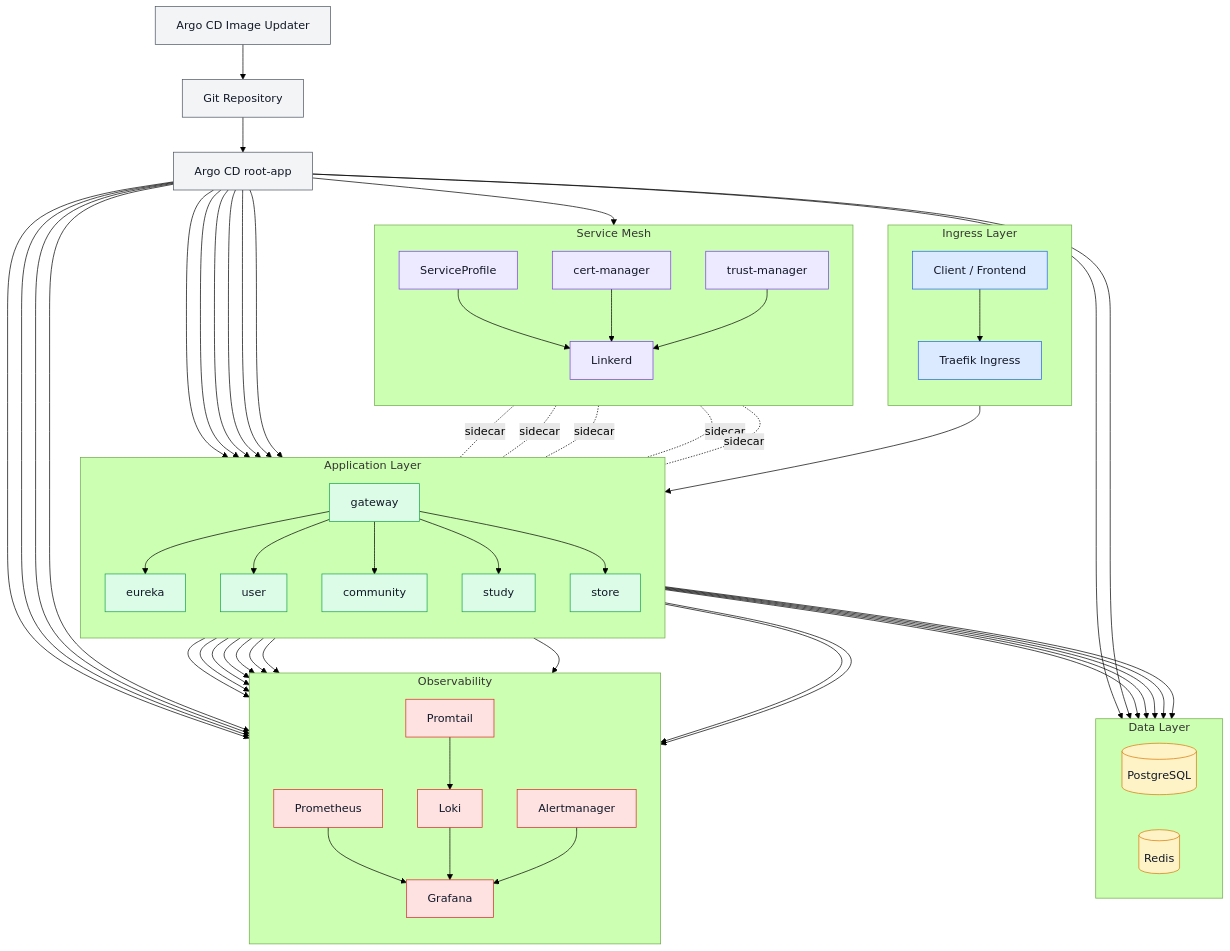
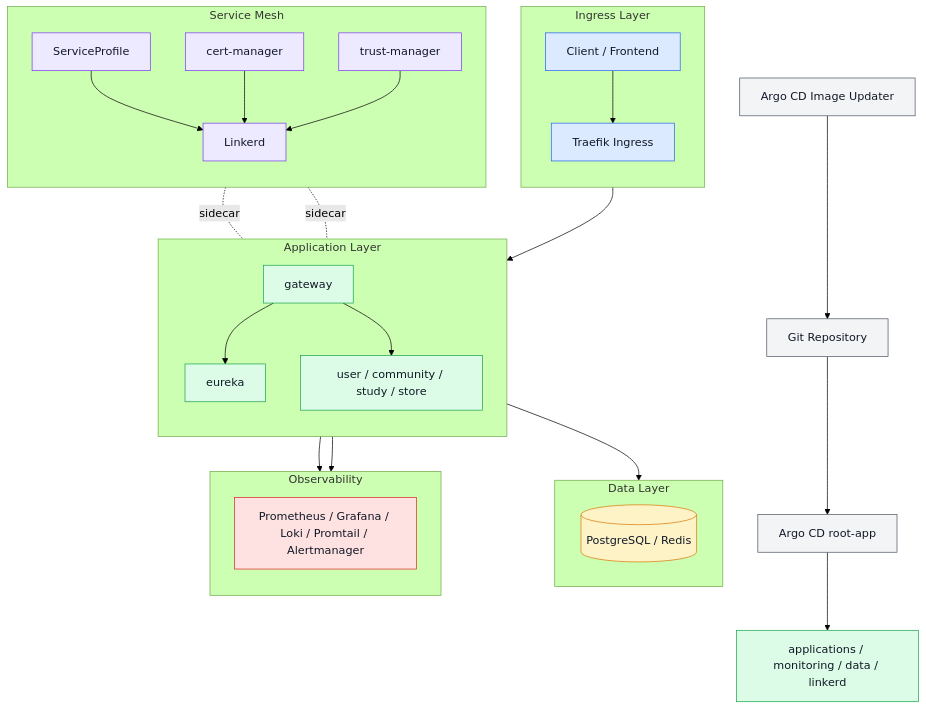
The diagram in README.md (checkMateit/checkmate-kubernetes), drawn with Mermaid (forest theme) before and after one commit.

````diff
--- a/README.md
+++ b/README.md
@@ -40,30 +40,19 @@
         direction TB
         Gateway[gateway]
         Eureka[eureka]
-        User[user]
-        Community[community]
-        Study[study]
-        Store[store]
+        Services[user / community / study / store]
 
         Traefik --> Gateway
         Gateway --> Eureka
-        Gateway --> User
-        Gateway --> Community
-        Gateway --> Study
-        Gateway --> Store
+        Gateway --> Services
     end
 
     subgraph Data["Data Layer"]
         direction LR
-        Postgres[(PostgreSQL)]
-        Redis[(Redis)]
+        DataStore[(PostgreSQL / Redis)]
     end
 
-    User --> Postgres
-    User --> Redis
-    Community --> Postgres
-    Study --> Postgres
-    Store --> Postgres
+    Services --> DataStore
 
     subgraph Mesh["Service Mesh"]
         direction TB
@@ -74,58 +63,25 @@
     end
 
     Linkerd -. sidecar .- Gateway
-    Linkerd -. sidecar .- User
-    Linkerd -. sidecar .- Community
-    Linkerd -. sidecar .- Study
-    Linkerd -. sidecar .- Store
+    Linkerd -. sidecar .- Services
     ServiceProfile --> Linkerd
     CertManager --> Linkerd
     TrustManager --> Linkerd
 
     subgraph Obs["Observability"]
         direction TB
-        Prometheus[Prometheus]
-        Grafana[Grafana]
-        Loki[Loki]
-        Promtail[Promtail]
-        Alertmanager[Alertmanager]
+        Monitoring[Prometheus / Grafana / Loki / Promtail / Alertmanager]
     end
 
-    Gateway --> Prometheus
-    User --> Prometheus
-    Community --> Prometheus
-    Study --> Prometheus
-    Store --> Prometheus
+    Gateway --> Monitoring
+    Services --> Monitoring
 
-    Gateway --> Promtail
-    User --> Promtail
-    Community --> Promtail
-    Study --> Promtail
-    Store --> Promtail
-
-    Promtail --> Loki
-    Prometheus --> Grafana
-    Loki --> Grafana
-    Alertmanager --> Grafana
-
-    ArgoCD --> Gateway
-    ArgoCD --> Eureka
-    ArgoCD --> User
-    ArgoCD --> Community
-    ArgoCD --> Study
-    ArgoCD --> Store
-    ArgoCD --> Postgres
-    ArgoCD --> Redis
-    ArgoCD --> Linkerd
-    ArgoCD --> Prometheus
-    ArgoCD --> Grafana
-    ArgoCD --> Loki
-    ArgoCD --> Alertmanager
+    ArgoCD --> Platform[applications / monitoring / data / linkerd]
 
     class Repo,ImageUpdater,ArgoCD gitops;
     class Client,Traefik ingress;
-    class Gateway,Eureka,User,Community,Study,Store app;
-    class Postgres,Redis data;
+    class Gateway,Eureka,Services,Platform app;
+    class DataStore data;
     class Linkerd,ServiceProfile,CertManager,TrustManager mesh;
-    class Prometheus,Grafana,Loki,Promtail,Alertmanager obs;
+    class Monitoring obs;
 ```
````
